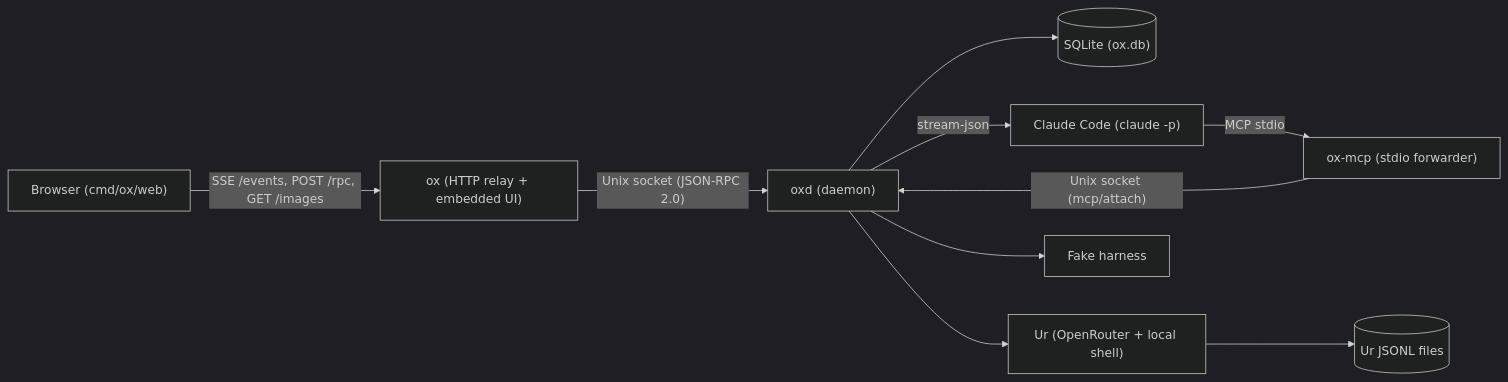
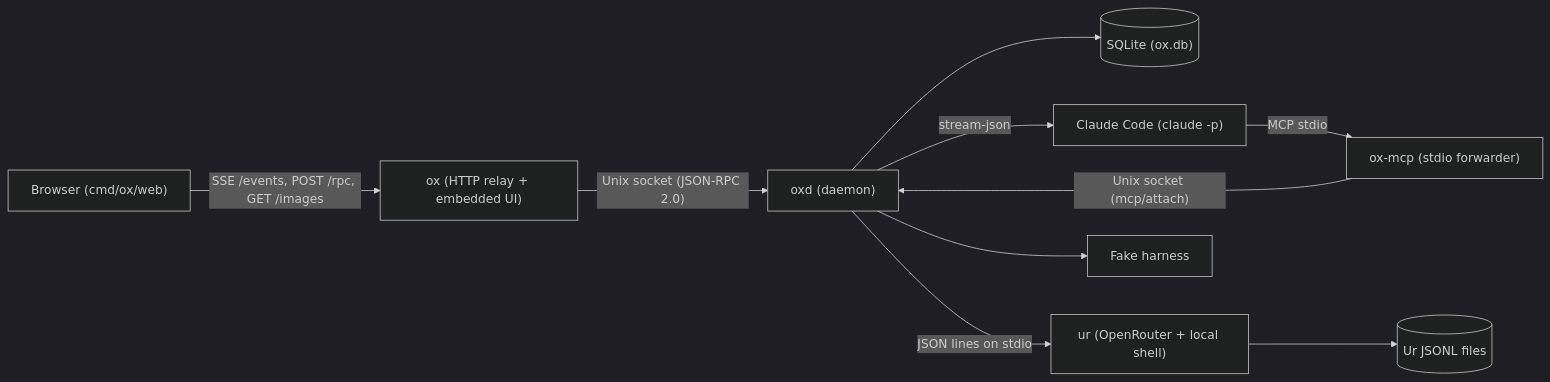
The first of 5 diagrams in docs/architecture.md (kkestell/ox), drawn with Mermaid (dark theme) before and after one commit. The commit also changed other lines of this file and 32 other files, not shown here.

````diff
--- a/docs/architecture.md
+++ b/docs/architecture.md
@@ -8,22 +8,22 @@
 ```mermaid
 flowchart LR
   browser["Browser (cmd/ox/web)"]
   ox["ox (HTTP relay + embedded UI)"]
   oxd["oxd (daemon)"]
   db[("SQLite (ox.db)")]
   claude["Claude Code (claude -p)"]
   oxmcp["ox-mcp (stdio forwarder)"]
-  ur["Ur (OpenRouter + local shell)"]
+  ur["ur (OpenRouter + local shell)"]
   urfiles[("Ur JSONL files")]
   fake["Fake harness"]
 
   browser -- "SSE /events, POST /rpc, GET /images" --> ox
   ox -- "Unix socket (JSON-RPC 2.0)" --> oxd
   oxd --> db
   oxd -- "stream-json" --> claude
   claude -- "MCP stdio" --> oxmcp
   oxmcp -- "Unix socket (mcp/attach)" --> oxd
-  oxd --> ur
+  oxd -- "JSON lines on stdio" --> ur
   ur --> urfiles
   oxd --> fake
 ```
````
